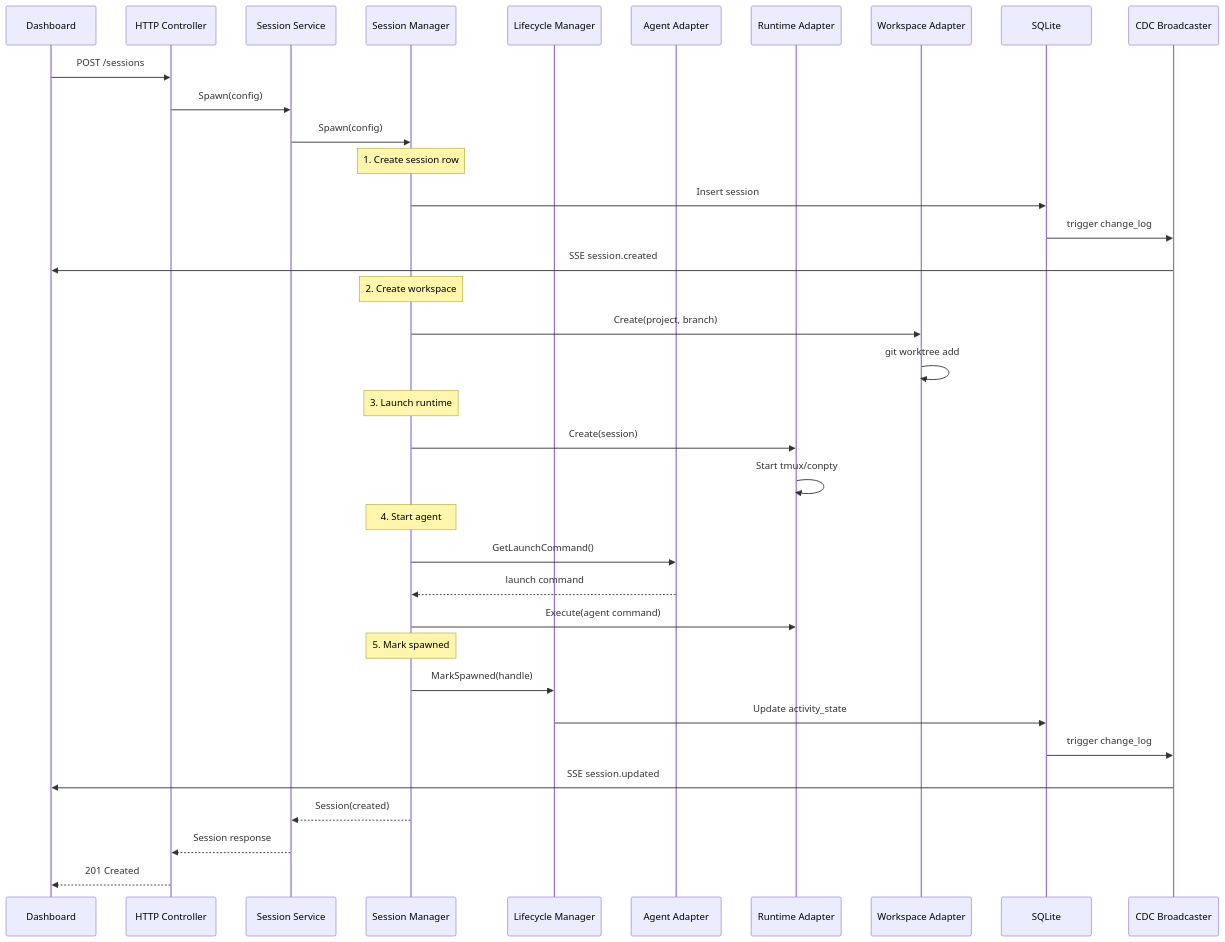
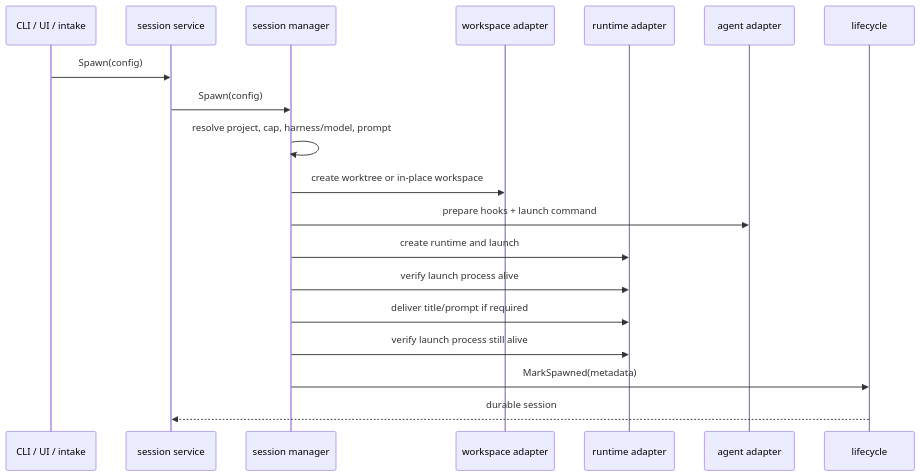
Before and after one commit to AgentWrapper/agent-orchestrator: the second of 2 diagrams in docs/architecture.md, drawn with Mermaid. The commit also changed other lines of this file and 27 other files, not shown here.

First line of the commit message:
Consolidate runtime architecture and delete dead generations (#271)

````diff
--- a/docs/architecture.md
+++ b/docs/architecture.md
@@ -213,45 +135,22 @@
 ```mermaid
 sequenceDiagram
-    participant UI as Dashboard
-    participant HTTP as HTTP Controller
-    participant Svc as Session Service
-    participant Mgr as Session Manager
-    participant LCM as Lifecycle Manager
-    participant Agent as Agent Adapter
-    participant Runtime as Runtime Adapter
-    participant WS as Workspace Adapter
-    participant DB as SQLite
-    participant CDC as CDC Broadcaster
+    participant C as CLI / UI / intake
+    participant S as session service
+    participant M as session manager
+    participant W as workspace adapter
+    participant R as runtime adapter
+    participant A as agent adapter
+    participant L as lifecycle
 
-    UI->>HTTP: POST /sessions
-    HTTP->>Svc: Spawn(config)
-    Svc->>Mgr: Spawn(config)
-
-    Note over Mgr: 1. Create session row
-    Mgr->>DB: Insert session
-    DB->>CDC: trigger change_log
-    CDC->>UI: SSE session.created
-
-    Note over Mgr: 2. Create workspace
-    Mgr->>WS: Create(project, branch)
-    WS->>WS: git worktree add
-
-    Note over Mgr: 3. Launch runtime
-    Mgr->>Runtime: Create(session)
-    Runtime->>Runtime: Start tmux/conpty
-
-    Note over Mgr: 4. Start agent
-    Mgr->>Agent: GetLaunchCommand()
-    Agent-->>Mgr: launch command
-    Mgr->>Runtime: Execute(agent command)
-
-    Note over Mgr: 5. Mark spawned
-    Mgr->>LCM: MarkSpawned(handle)
-    LCM->>DB: Update activity_state
-    DB->>CDC: trigger change_log
-    CDC->>UI: SSE session.updated
-
-    Mgr-->>Svc: Session(created)
-    Svc-->>HTTP: Session response
-    HTTP-->>UI: 201 Created
+    C->>S: Spawn(config)
+    S->>M: Spawn(config)
+    M->>M: resolve project, cap, harness/model, prompt
+    M->>W: create worktree or in-place workspace
+    M->>A: prepare hooks + launch command
+    M->>R: create runtime and launch
+    M->>R: verify launch process alive
+    M->>R: deliver title/prompt if required
+    M->>R: verify launch process still alive
+    M->>L: MarkSpawned(metadata)
+    L-->>S: durable session
 ```
````
